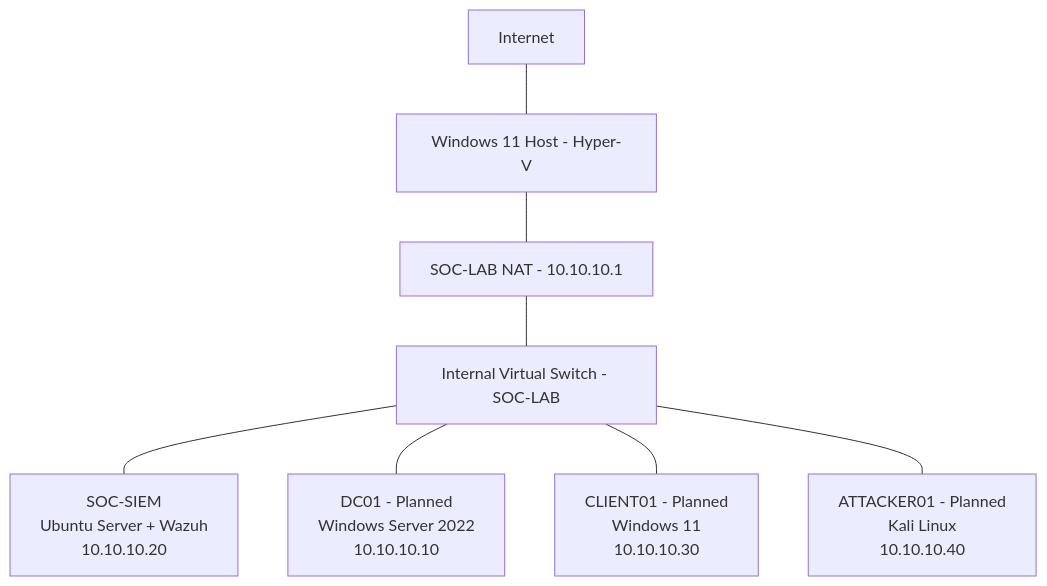
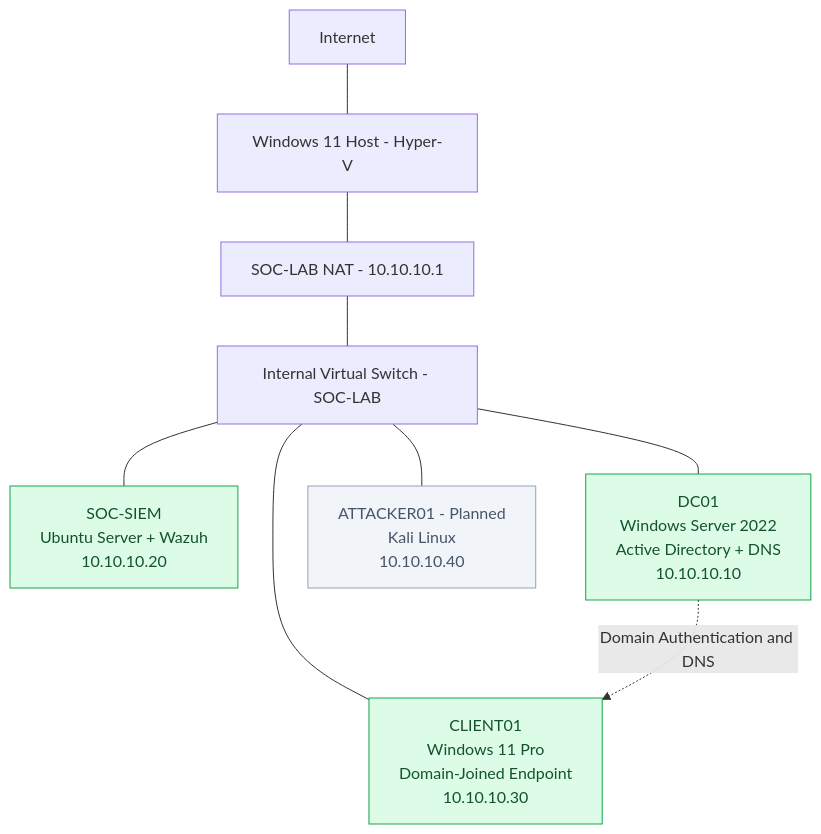
Before and after one commit to ImZeek/SOC-Homelab: the diagram in README.md, drawn with Mermaid. The commit also changed other lines of this file, not shown here.

````diff
--- a/README.md
+++ b/README.md
@@ -36,16 +42,24 @@
 ```mermaid
 flowchart TD
     INTERNET[Internet]
     HOST[Windows 11 Host - Hyper-V]
     NAT[SOC-LAB NAT - 10.10.10.1]
     SWITCH[Internal Virtual Switch - SOC-LAB]
 
     INTERNET --- HOST
     HOST --- NAT
     NAT --- SWITCH
 
     SWITCH --- SIEM["SOC-SIEM<br/>Ubuntu Server + Wazuh<br/>10.10.10.20"]
-    SWITCH --- DC["DC01 - Planned<br/>Windows Server 2022<br/>10.10.10.10"]
-    SWITCH --- CLIENT["CLIENT01 - Planned<br/>Windows 11<br/>10.10.10.30"]
+    SWITCH --- DC["DC01<br/>Windows Server 2022<br/>Active Directory + DNS<br/>10.10.10.10"]
+    SWITCH --- CLIENT["CLIENT01<br/>Windows 11 Pro<br/>Domain-Joined Endpoint<br/>10.10.10.30"]
     SWITCH --- KALI["ATTACKER01 - Planned<br/>Kali Linux<br/>10.10.10.40"]
+
+    DC -.->|Domain Authentication and DNS| CLIENT
+
+    classDef operational fill:#dcfce7,stroke:#16a34a,color:#14532d
+    classDef planned fill:#f1f5f9,stroke:#94a3b8,color:#475569
+
+    class SIEM,DC,CLIENT operational
+    class KALI planned
 ```
````
